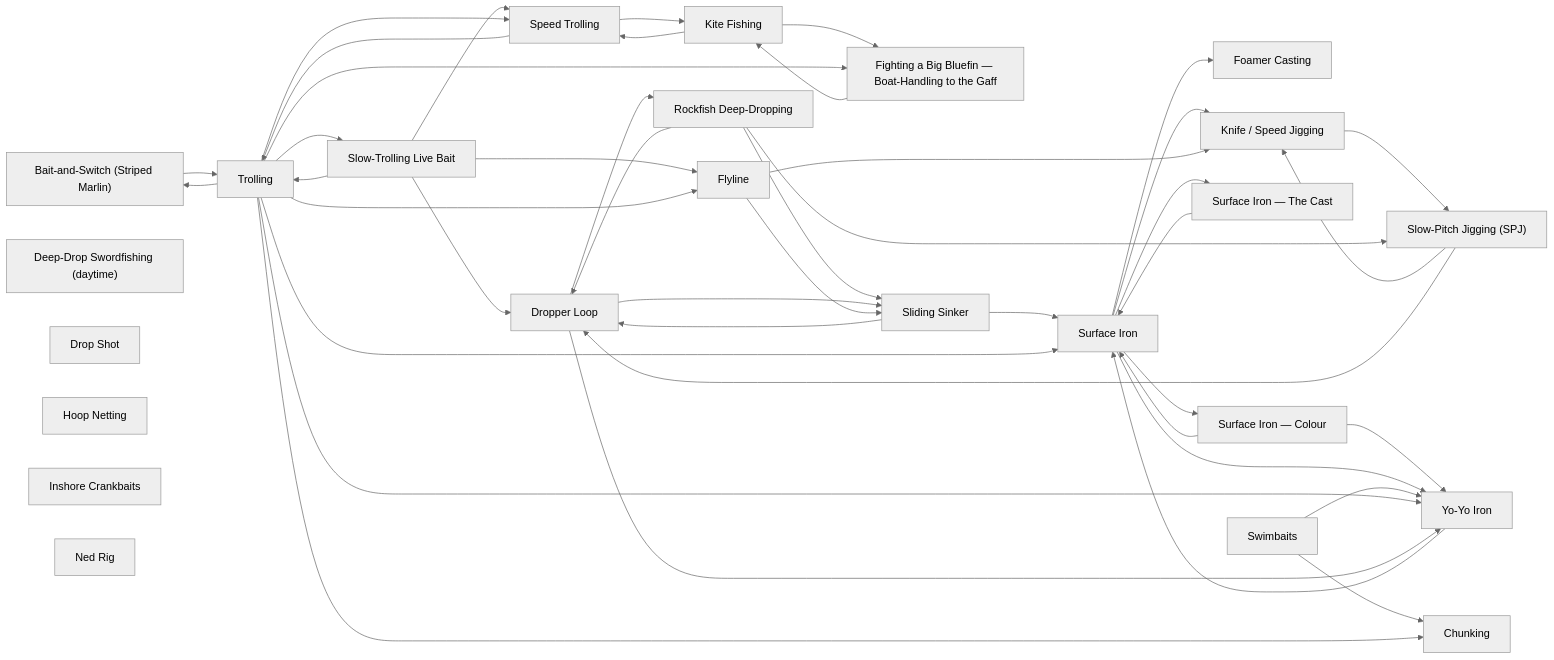
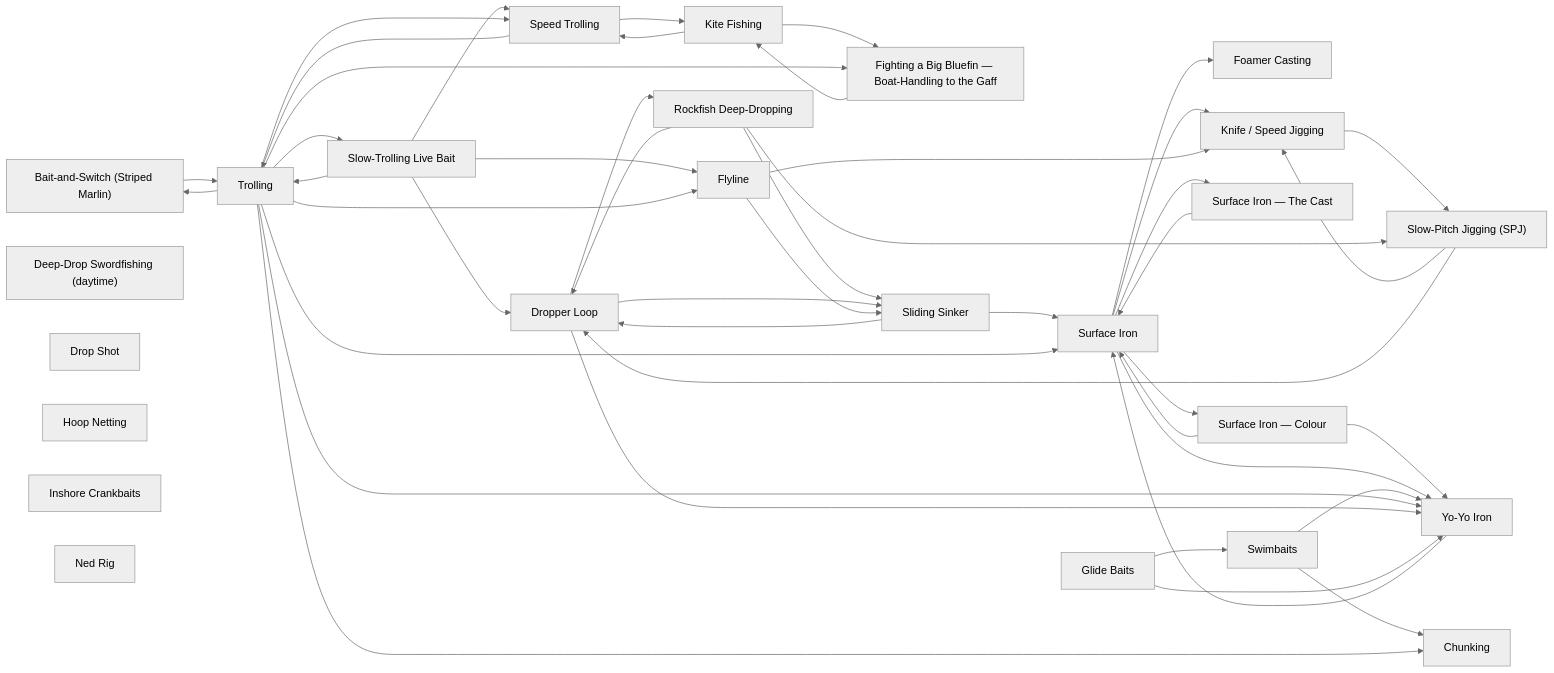
The diagram in techniques/README.md (camchuckpete-max/Socal-Fishing-Knowledge), drawn with Mermaid (neutral theme) before and after one commit. The commit also changed other lines of this file and 9 other files, not shown here.

````diff
--- a/techniques/README.md
+++ b/techniques/README.md
@@ -37,69 +38,72 @@
 ```mermaid
 graph LR
   n0["Bait-and-Switch (Striped Marlin)"]
   n1["Chunking"]
   n2["Deep-Drop Swordfishing (daytime)"]
   n3["Drop Shot"]
   n4["Dropper Loop"]
   n5["Fighting a Big Bluefin — Boat-Handling to the Gaff"]
   n6["Flyline"]
   n7["Foamer Casting"]
-  n8["Hoop Netting"]
-  n9["Inshore Crankbaits"]
-  n10["Kite Fishing"]
-  n11["Knife / Speed Jigging"]
-  n12["Ned Rig"]
-  n13["Rockfish Deep-Dropping"]
-  n14["Sliding Sinker"]
-  n15["Slow-Pitch Jigging (SPJ)"]
-  n16["Slow-Trolling Live Bait"]
-  n17["Speed Trolling"]
-  n18["Surface Iron — The Cast"]
-  n19["Surface Iron — Colour"]
-  n20["Surface Iron"]
-  n21["Swimbaits"]
-  n22["Trolling"]
-  n23["Yo-Yo Iron"]
-  n0 --> n22
-  n10 --> n17
-  n10 --> n5
-  n11 --> n15
-  n13 --> n14
-  n13 --> n15
-  n13 --> n4
-  n14 --> n20
+  n8["Glide Baits"]
+  n9["Hoop Netting"]
+  n10["Inshore Crankbaits"]
+  n11["Kite Fishing"]
+  n12["Knife / Speed Jigging"]
+  n13["Ned Rig"]
+  n14["Rockfish Deep-Dropping"]
+  n15["Sliding Sinker"]
+  n16["Slow-Pitch Jigging (SPJ)"]
+  n17["Slow-Trolling Live Bait"]
+  n18["Speed Trolling"]
+  n19["Surface Iron — The Cast"]
+  n20["Surface Iron — Colour"]
+  n21["Surface Iron"]
+  n22["Swimbaits"]
+  n23["Trolling"]
+  n24["Yo-Yo Iron"]
+  n0 --> n23
+  n11 --> n18
+  n11 --> n5
+  n12 --> n16
+  n14 --> n15
+  n14 --> n16
   n14 --> n4
-  n15 --> n11
+  n15 --> n21
   n15 --> n4
-  n16 --> n17
-  n16 --> n22
+  n16 --> n12
   n16 --> n4
-  n16 --> n6
-  n17 --> n10
-  n17 --> n22
-  n18 --> n20
-  n19 --> n20
-  n19 --> n23
-  n20 --> n11
-  n20 --> n18
-  n20 --> n19
-  n20 --> n23
-  n20 --> n7
-  n21 --> n1
-  n21 --> n23
-  n22 --> n0
+  n17 --> n18
+  n17 --> n23
+  n17 --> n4
+  n17 --> n6
+  n18 --> n11
+  n18 --> n23
+  n19 --> n21
+  n20 --> n21
+  n20 --> n24
+  n21 --> n12
+  n21 --> n19
+  n21 --> n20
+  n21 --> n24
+  n21 --> n7
   n22 --> n1
-  n22 --> n16
-  n22 --> n17
-  n22 --> n20
-  n22 --> n23
-  n22 --> n5
-  n22 --> n6
-  n23 --> n20
-  n4 --> n13
+  n22 --> n24
+  n23 --> n0
+  n23 --> n1
+  n23 --> n17
+  n23 --> n18
+  n23 --> n21
+  n23 --> n24
+  n23 --> n5
+  n23 --> n6
+  n24 --> n21
   n4 --> n14
-  n4 --> n23
-  n5 --> n10
-  n6 --> n11
-  n6 --> n14
+  n4 --> n15
+  n4 --> n24
+  n5 --> n11
+  n6 --> n12
+  n6 --> n15
+  n8 --> n22
+  n8 --> n24
 ```
````
